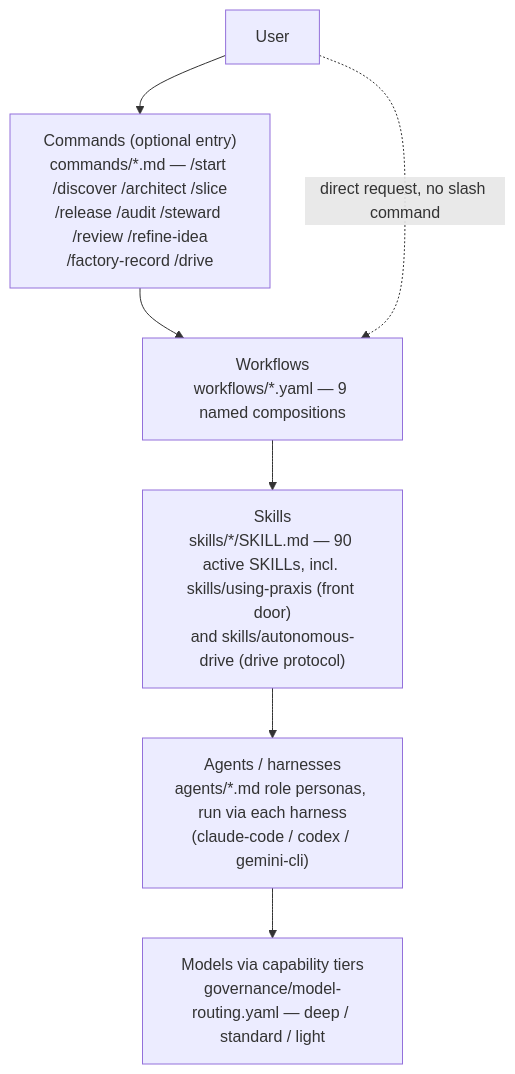
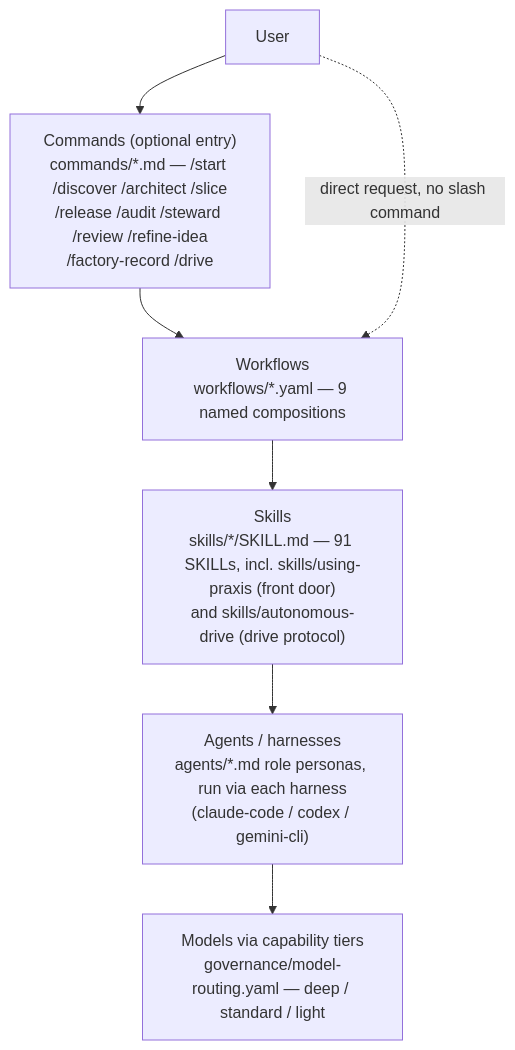
One commit to jeet129/praxis changed the second of 4 diagrams in docs/operating-model.md. Above: the diagram before and after it, drawn with Mermaid. The commit also changed 36 other files, not shown here.

````diff
--- a/docs/operating-model.md
+++ b/docs/operating-model.md
@@ -78,16 +78,16 @@
 ```mermaid
 flowchart TD
     USER["User"]
     CMD["Commands (optional entry)<br/>commands/*.md — /start /discover /architect /slice<br/>/release /audit /steward /review /refine-idea<br/>/factory-record /drive"]
     WFL["Workflows<br/>workflows/*.yaml — 9 named compositions"]
-    SKL["Skills<br/>skills/*/SKILL.md — 90 active SKILLs, incl. skills/using-praxis (front door)<br/>and skills/autonomous-drive (drive protocol)"]
+    SKL["Skills<br/>skills/*/SKILL.md — 91 SKILLs, incl. skills/using-praxis (front door)<br/>and skills/autonomous-drive (drive protocol)"]
     AGH["Agents / harnesses<br/>agents/*.md role personas, run via each harness<br/>(claude-code / codex / gemini-cli)"]
     MOD["Models via capability tiers<br/>governance/model-routing.yaml — deep / standard / light"]
 
     USER --> CMD
     CMD --> WFL
     USER -.->|direct request, no slash command| WFL
     WFL --> SKL
     SKL --> AGH
     AGH --> MOD
 ```
````
